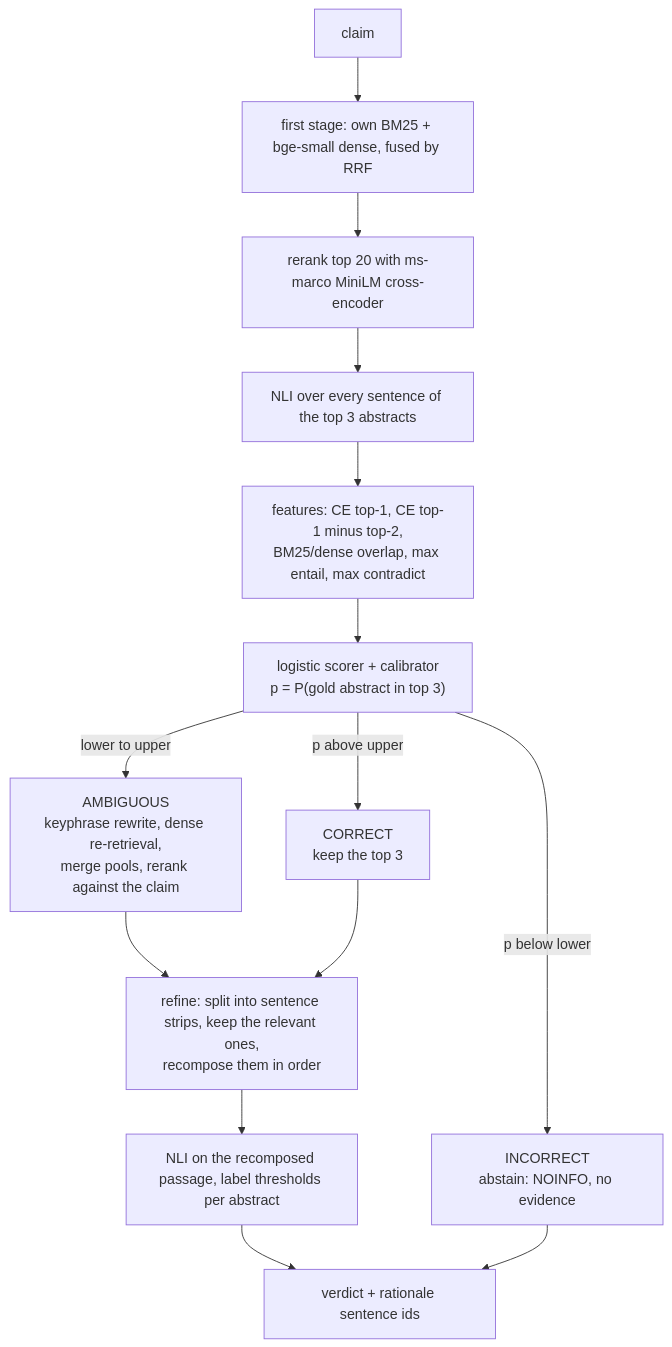
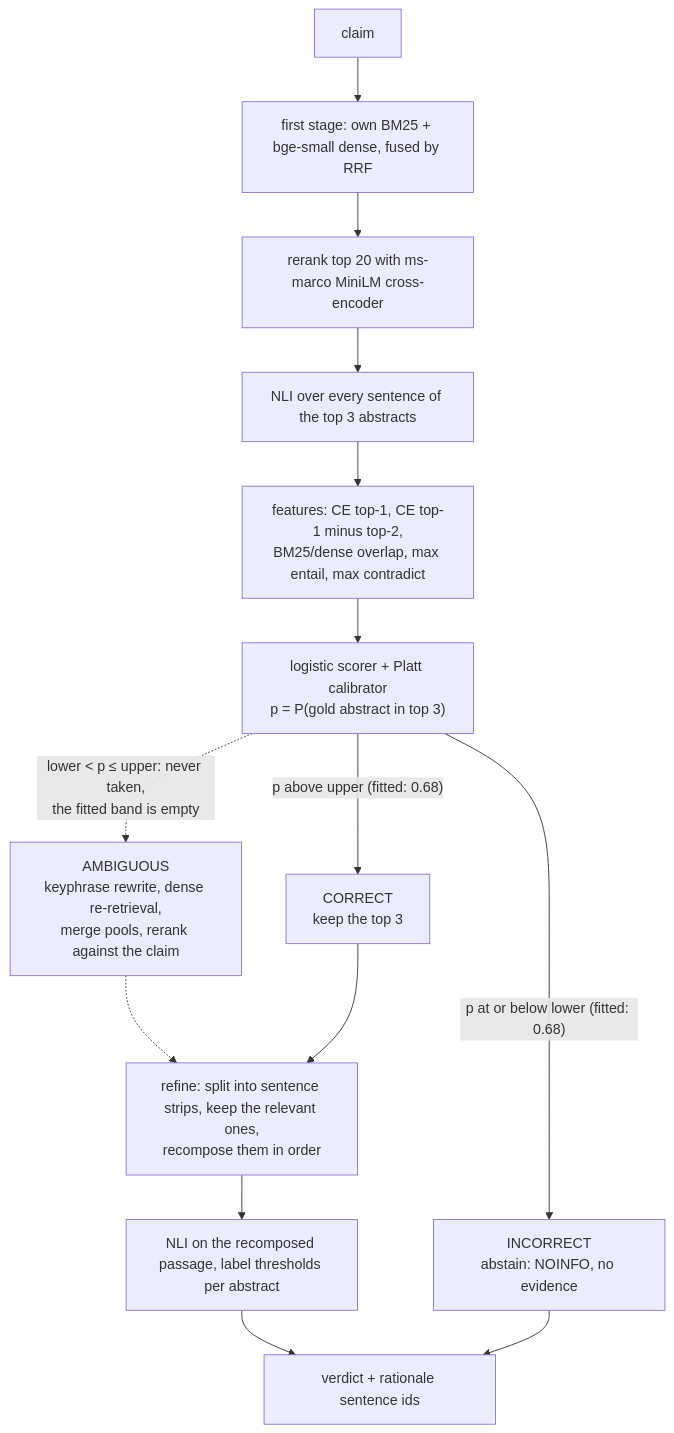
Before and after one commit to daniellopez882/corrective-rag-claim-verifier: the first of 2 diagrams in README.md, drawn with Mermaid. The commit also changed other lines of this file and 2 other files, not shown here.

````diff
--- a/README.md
+++ b/README.md
@@ -94,16 +104,16 @@
 ```mermaid
 flowchart TD
     A[claim] --> B["first stage: own BM25 + bge-small dense, fused by RRF"]
     B --> C["rerank top 20 with ms-marco MiniLM cross-encoder"]
     C --> D["NLI over every sentence of the top 3 abstracts"]
     D --> E["features: CE top-1, CE top-1 minus top-2,<br/>BM25/dense overlap, max entail, max contradict"]
-    E --> F["logistic scorer + calibrator<br/>p = P(gold abstract in top 3)"]
-    F -->|"p above upper"| G["CORRECT<br/>keep the top 3"]
-    F -->|"lower to upper"| H["AMBIGUOUS<br/>keyphrase rewrite, dense re-retrieval,<br/>merge pools, rerank against the claim"]
-    F -->|"p below lower"| I["INCORRECT<br/>abstain: NOINFO, no evidence"]
-    H --> J
+    E --> F["logistic scorer + Platt calibrator<br/>p = P(gold abstract in top 3)"]
+    F -->|"p above upper (fitted: 0.68)"| G["CORRECT<br/>keep the top 3"]
+    F -.->|"lower < p ≤ upper: never taken,<br/>the fitted band is empty"| H["AMBIGUOUS<br/>keyphrase rewrite, dense re-retrieval,<br/>merge pools, rerank against the claim"]
+    F -->|"p at or below lower (fitted: 0.68)"| I["INCORRECT<br/>abstain: NOINFO, no evidence"]
+    H -.-> J
     G --> J["refine: split into sentence strips, keep the relevant ones,<br/>recompose them in order"]
     J --> K["NLI on the recomposed passage, label thresholds per abstract"]
     K --> L["verdict + rationale sentence ids"]
     I --> L
 ```
````
